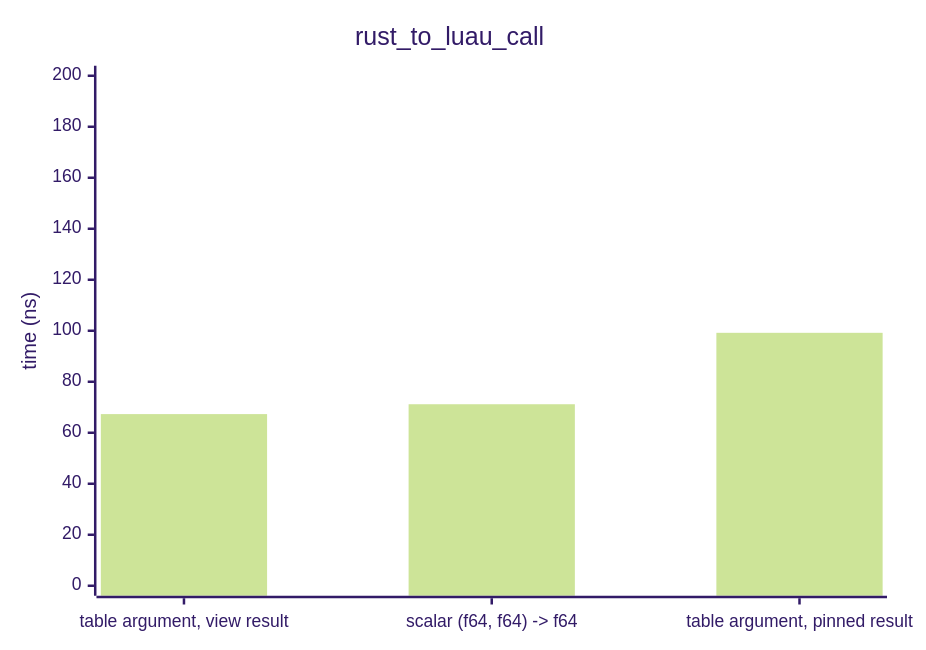
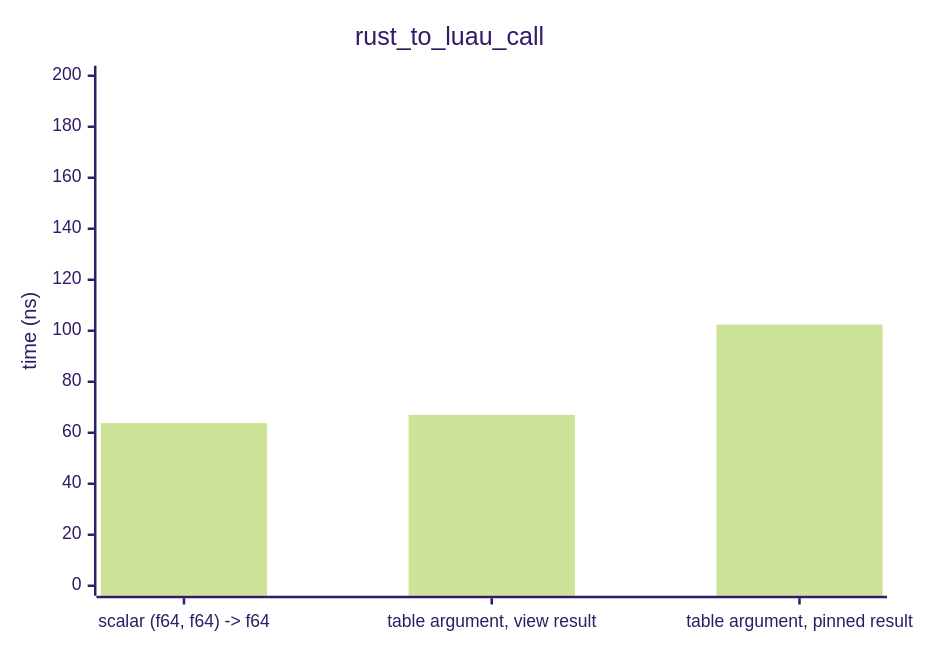
One commit to DreamWeave-MP/l3i changed the first of 8 diagrams in BENCHMARKS.md. Above: the diagram before and after it, drawn with Mermaid (forest theme). The commit also changed other lines of this file and 2 other files, not shown here.

````diff
--- a/BENCHMARKS.md
+++ b/BENCHMARKS.md
@@ -17,7 +17,7 @@
 ```mermaid
 xychart-beta
     title "rust_to_luau_call"
-    x-axis ["table argument, view result", "scalar (f64, f64) -> f64", "table argument, pinned result"]
+    x-axis ["scalar (f64, f64) -> f64", "table argument, view result", "table argument, pinned result"]
     y-axis "time (ns)" 0 --> 200.00
-    bar [67.31, 71.18, 99.19]
+    bar [63.79, 67.03, 102.41]
 ```
````
